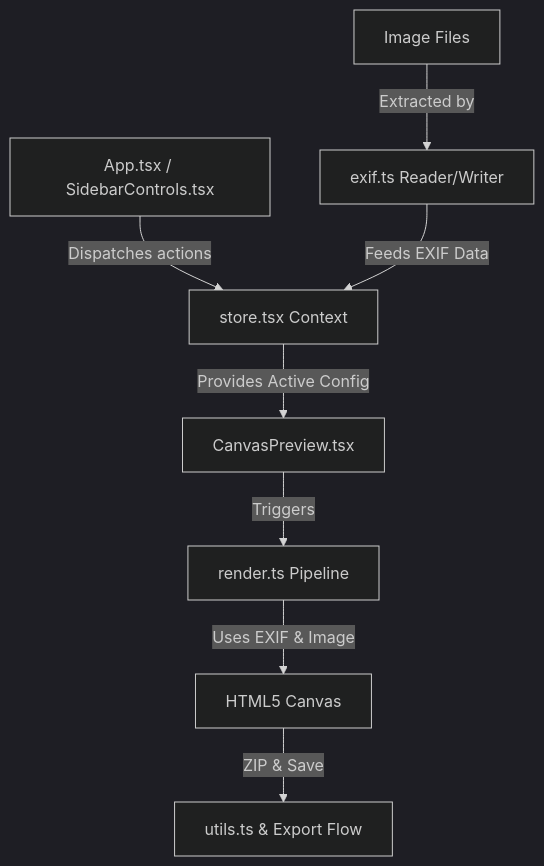
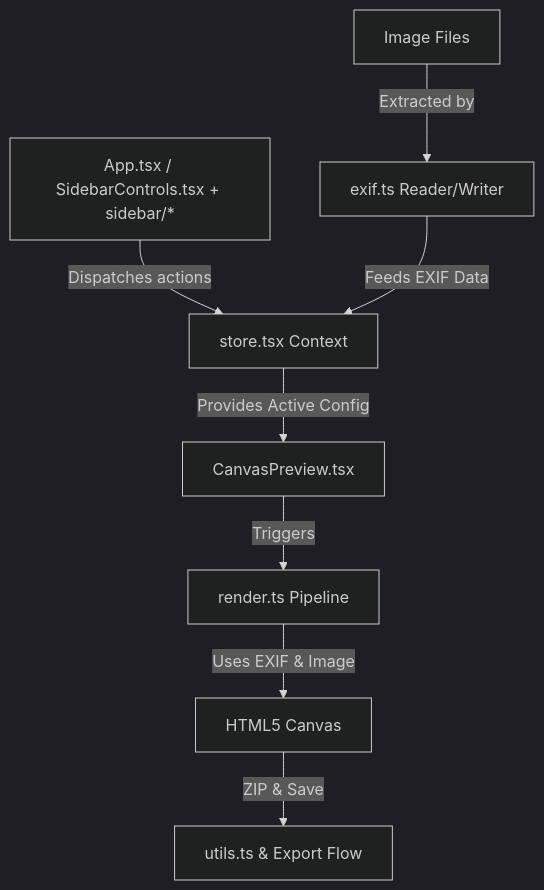
Before and after one commit to LordAmit/borderify: the diagram in .specify/plan.md, drawn with Mermaid (dark theme). The commit also changed 27 other files, not shown here.

First line of the commit message:
refactor(ui): split SidebarControls into per-section files and typed shared controls [NO-REQ]

````diff
--- a/.specify/plan.md
+++ b/.specify/plan.md
@@ -7,10 +7,10 @@
 ```mermaid
 graph TD
-    UI[App.tsx / SidebarControls.tsx] --> |Dispatches actions| Store[store.tsx Context]
+    UI[App.tsx / SidebarControls.tsx + sidebar/*] --> |Dispatches actions| Store[store.tsx Context]
     Store --> |Provides Active Config| Preview[CanvasPreview.tsx]
     Preview --> |Triggers| Render[render.ts Pipeline]
     Images[Image Files] --> |Extracted by| EXIF[exif.ts Reader/Writer]
     EXIF --> |Feeds EXIF Data| Store
     Render --> |Uses EXIF & Image| OutputCanvas[HTML5 Canvas]
     OutputCanvas --> |ZIP & Save| Utils[utils.ts & Export Flow]
 ```
````
